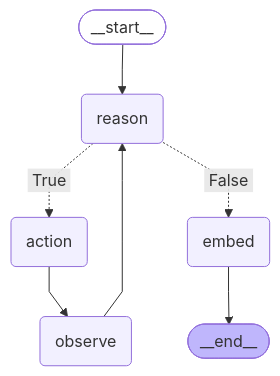
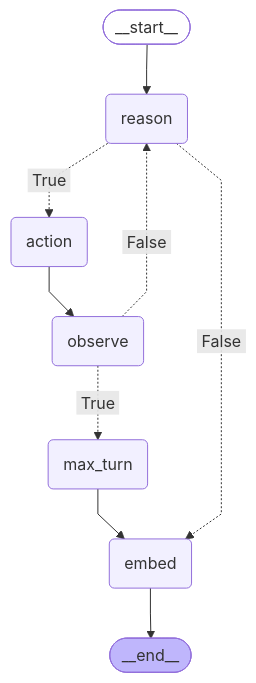
One commit to FDE-1/langgraph-research-agent changed the diagram in README.md. Above: the diagram before and after it, drawn with Mermaid. The commit also changed other lines of this file and 2 other files, not shown here.

````diff
--- a/README.md
+++ b/README.md
@@ -23,23 +25,26 @@
 ```mermaid
 ---
 config:
   flowchart:
     curve: linear
 ---
 graph TD;
 	__start__([<p>__start__</p>]):::first
 	reason(reason)
 	action(action)
 	observe(observe)
 	embed(embed)
+	max_turn(max_turn)
 	__end__([<p>__end__</p>]):::last
 	__start__ --> reason;
 	action --> observe;
-	observe --> reason;
+	max_turn --> embed;
+	observe -. &nbsp;True&nbsp; .-> max_turn;
+	observe -. &nbsp;False&nbsp; .-> reason;
 	reason -. &nbsp;True&nbsp; .-> action;
 	reason -. &nbsp;False&nbsp; .-> embed;
 	embed --> __end__;
 	classDef default fill:#f2f0ff,line-height:1.2
 	classDef first fill-opacity:0
 	classDef last fill:#bfb6fc
 ```
````
